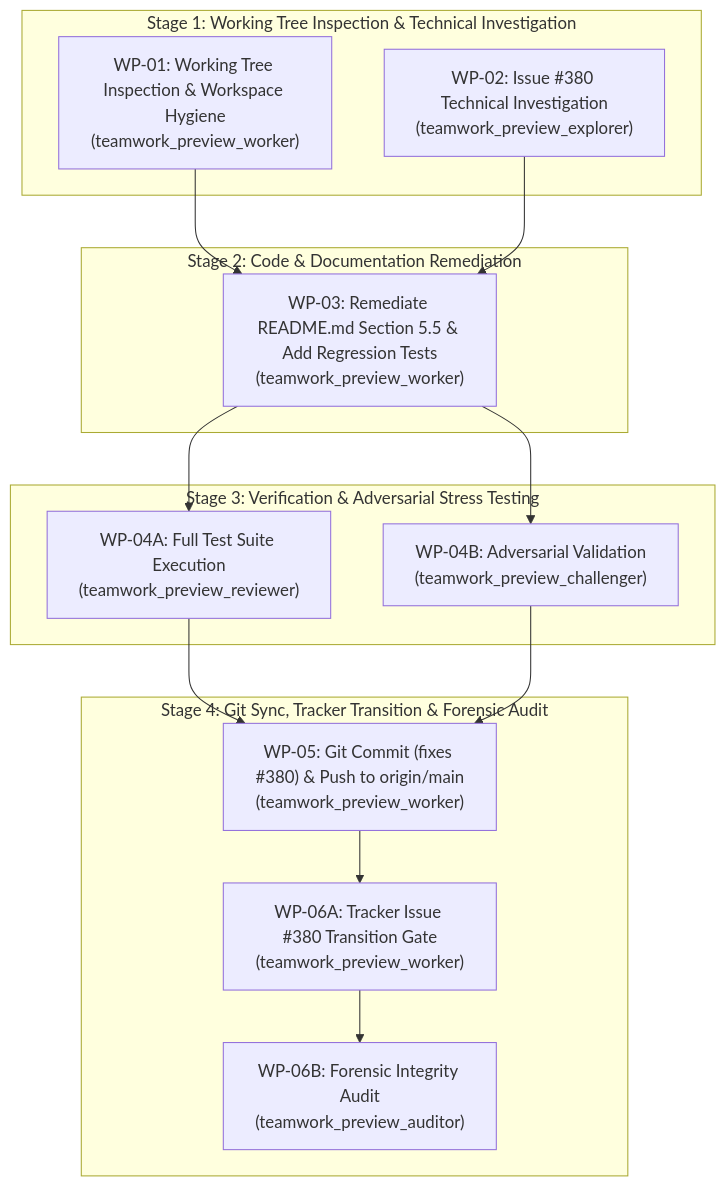
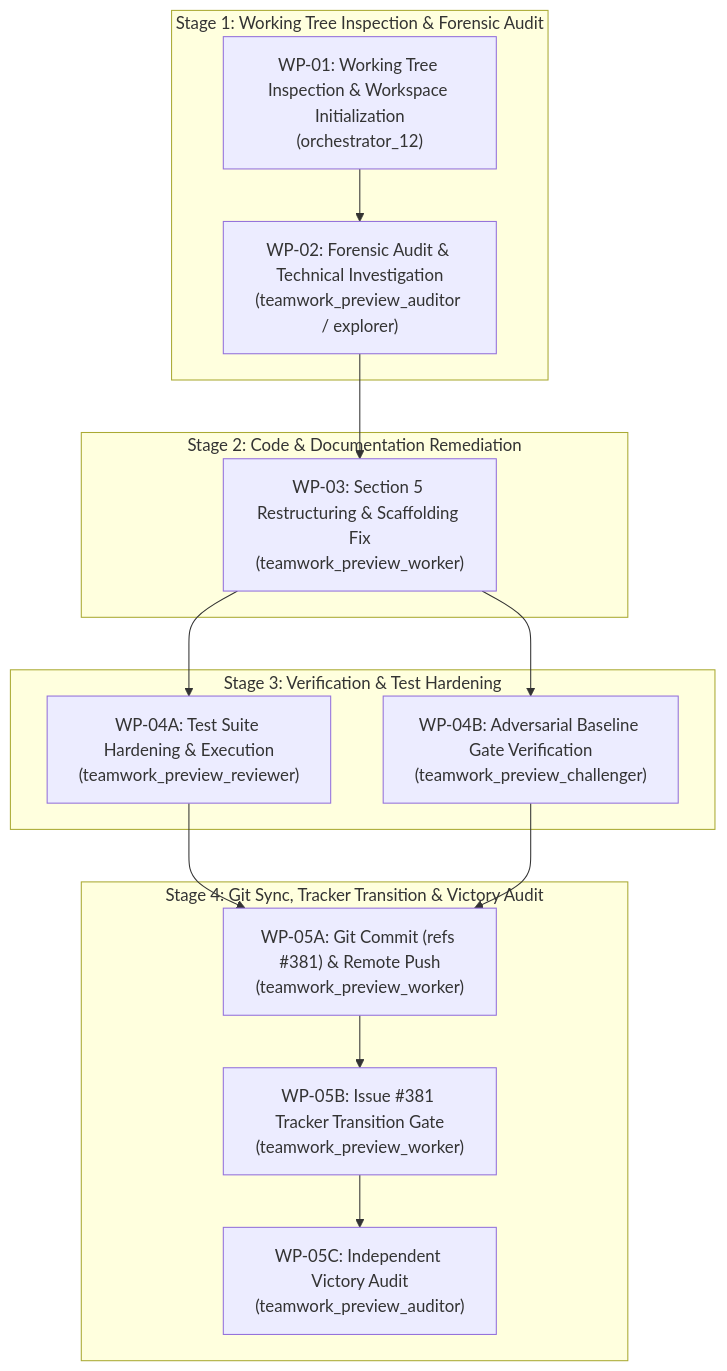
Before and after one commit to gintatkinson/DEAP01-spec-core: the diagram in implementation_plan.md, drawn with Mermaid. The commit also changed other lines of this file and 5 other files, not shown here.

Commit message:
docs(readme): extract universal multi-runtime initialization sequence from vendor section 5.5 (fixes #381, fixes #379)

````diff
--- a/implementation_plan.md
+++ b/implementation_plan.md
@@ -29,31 +37,31 @@
 ```mermaid
 flowchart TD
-    subgraph Stage1 ["Stage 1: Working Tree Inspection & Technical Investigation"]
-        WP01["WP-01: Working Tree Inspection & Workspace Hygiene<br/>(teamwork_preview_worker)"]
-        WP02["WP-02: Issue #380 Technical Investigation<br/>(teamwork_preview_explorer)"]
+    subgraph Stage1 ["Stage 1: Working Tree Inspection & Forensic Audit"]
+        WP01["WP-01: Working Tree Inspection & Workspace Initialization<br/>(orchestrator_12)"]
+        WP02["WP-02: Forensic Audit & Technical Investigation<br/>(teamwork_preview_auditor / explorer)"]
     end
 
     subgraph Stage2 ["Stage 2: Code & Documentation Remediation"]
-        WP03["WP-03: Remediate README.md Section 5.5 & Add Regression Tests<br/>(teamwork_preview_worker)"]
+        WP03["WP-03: Section 5 Restructuring & Scaffolding Fix<br/>(teamwork_preview_worker)"]
     end
 
-    subgraph Stage3 ["Stage 3: Verification & Adversarial Stress Testing"]
-        WP04A["WP-04A: Full Test Suite Execution<br/>(teamwork_preview_reviewer)"]
-        WP04B["WP-04B: Adversarial Validation<br/>(teamwork_preview_challenger)"]
+    subgraph Stage3 ["Stage 3: Verification & Test Hardening"]
+        WP04A["WP-04A: Test Suite Hardening & Execution<br/>(teamwork_preview_reviewer)"]
+        WP04B["WP-04B: Adversarial Baseline Gate Verification<br/>(teamwork_preview_challenger)"]
     end
 
-    subgraph Stage4 ["Stage 4: Git Sync, Tracker Transition & Forensic Audit"]
-        WP05["WP-05: Git Commit (fixes #380) & Push to origin/main<br/>(teamwork_preview_worker)"]
-        WP06A["WP-06A: Tracker Issue #380 Transition Gate<br/>(teamwork_preview_worker)"]
-        WP06B["WP-06B: Forensic Integrity Audit<br/>(teamwork_preview_auditor)"]
-        WP05 --> WP06A
-        WP06A --> WP06B
+    subgraph Stage4 ["Stage 4: Git Sync, Tracker Transition & Victory Audit"]
+        WP05A["WP-05A: Git Commit (refs #381) & Remote Push<br/>(teamwork_preview_worker)"]
+        WP05B["WP-05B: Issue #381 Tracker Transition Gate<br/>(teamwork_preview_worker)"]
+        WP05C["WP-05C: Independent Victory Audit<br/>(teamwork_preview_auditor)"]
+        WP05A --> WP05B
+        WP05B --> WP05C
     end
 
-    WP01 --> WP03
+    WP01 --> WP02
     WP02 --> WP03
     WP03 --> WP04A
     WP03 --> WP04B
-    WP04A --> WP05
-    WP04B --> WP05
+    WP04A --> WP05A
+    WP04B --> WP05A
 ```
````
